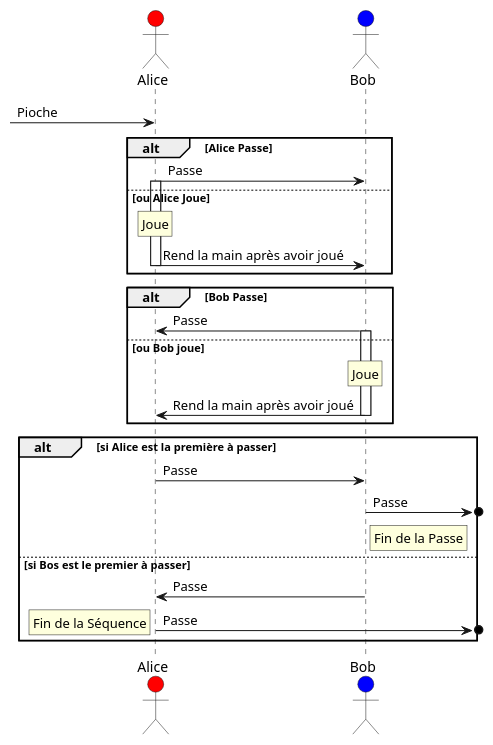
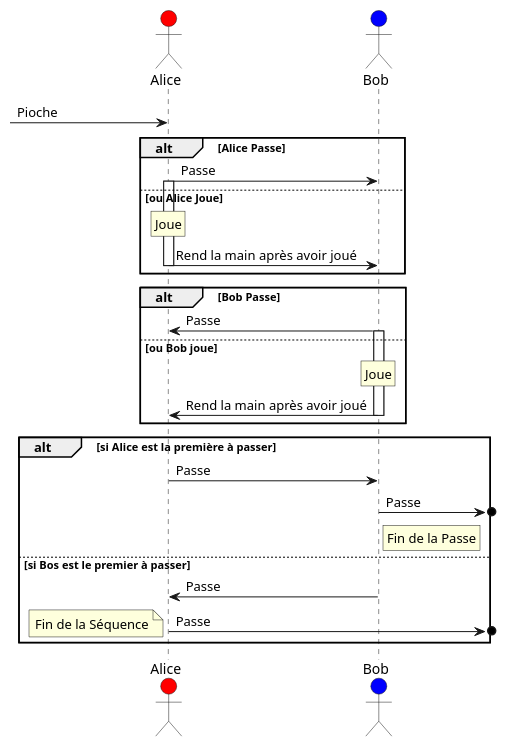
One commit to de-dale/wiki changed the seventh of 7 diagrams in sphérier/référence/phases-de-jeu/combat.md. Above: the diagram before and after it, drawn with PlantUML. The commit also changed other lines of this file, not shown here.

Commit message:
docs: update sphérier/référence/phases-de-jeu/combat

````diff
--- a/sphérier/référence/phases-de-jeu/combat.md
+++ b/sphérier/référence/phases-de-jeu/combat.md
@@ -229,34 +229,34 @@
 ```plantuml
 actor Alice #red
 actor Bob #blue
 [-> Alice : Pioche
 
 
 deactivate Bob
   
 alt Alice Passe  
 	Alice -> Bob : Passe
 else ou Alice Joue
 	activate Alice
 	rnote over Alice: Joue
 	Alice -> Bob -- : Rend la main après avoir joué
 end
 
 alt Bob Passe
 	Bob -> Alice : Passe
 else ou Bob joue
   activate Bob
 	rnote over Bob: Joue
 	Bob -> Alice -- : Rend la main après avoir joué
 end
 
 alt si Alice est la première à passer
 	Alice -> Bob -- : Passe
 	Bob ->o] : Passe
 	rnote right of Bob: Fin de la Passe
 else si Bos est le premier à passer
 	Bob -> Alice : Passe
 	Alice ->o] : Passe
-	rnote left: Fin de la Séquence
+	note right : Fin de la Séquence
 end
 ```
````
